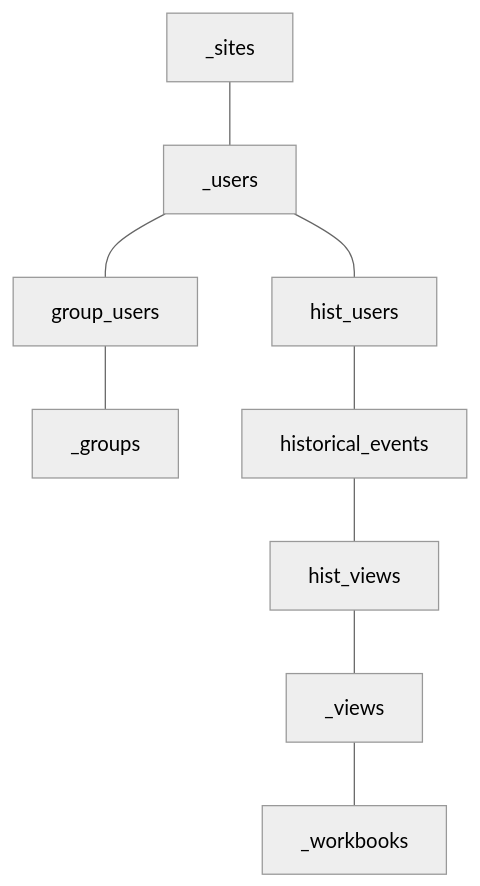
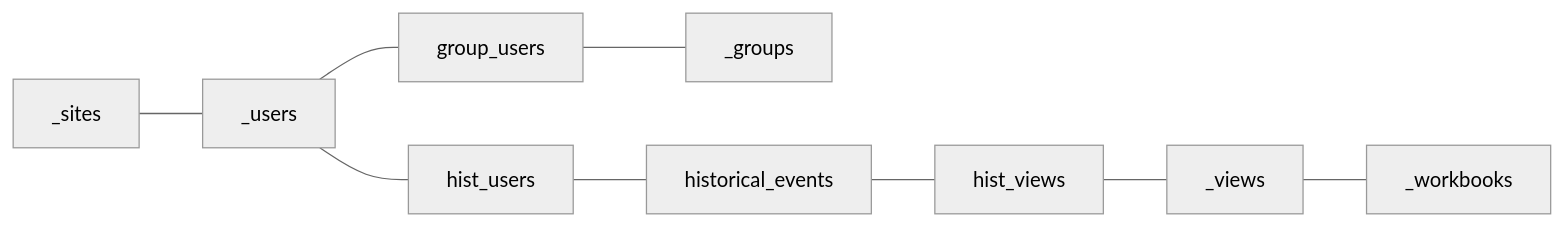
One commit to RudolfHattenkofer/brain changed the diagram in Vortrag Tableau.md. Above: the diagram before and after it, drawn with Mermaid (neutral theme). The commit also changed other lines of this file and 1 other file, not shown here.

````diff
--- a/Vortrag Tableau.md
+++ b/Vortrag Tableau.md
@@ -42,11 +67,11 @@
 ```mermaid
-graph TD;
+graph LR;
 	_sites --- _users
 	_users --- group_users
 	group_users --- _groups
 	_users --- hist_users
 	hist_users --- historical_events
 	historical_events --- hist_views
 	hist_views --- _views
 	_views --- _workbooks
 ```
````
